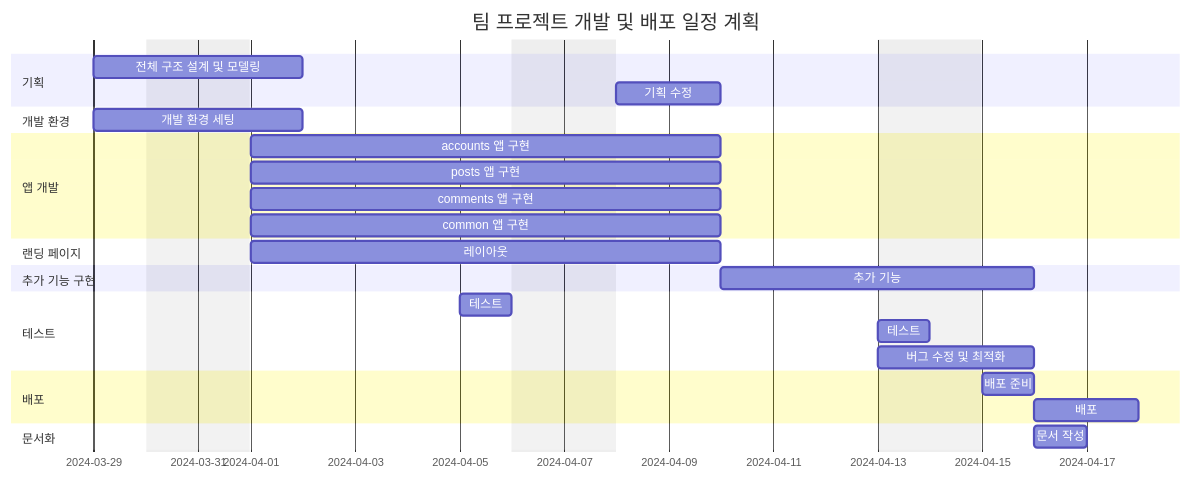
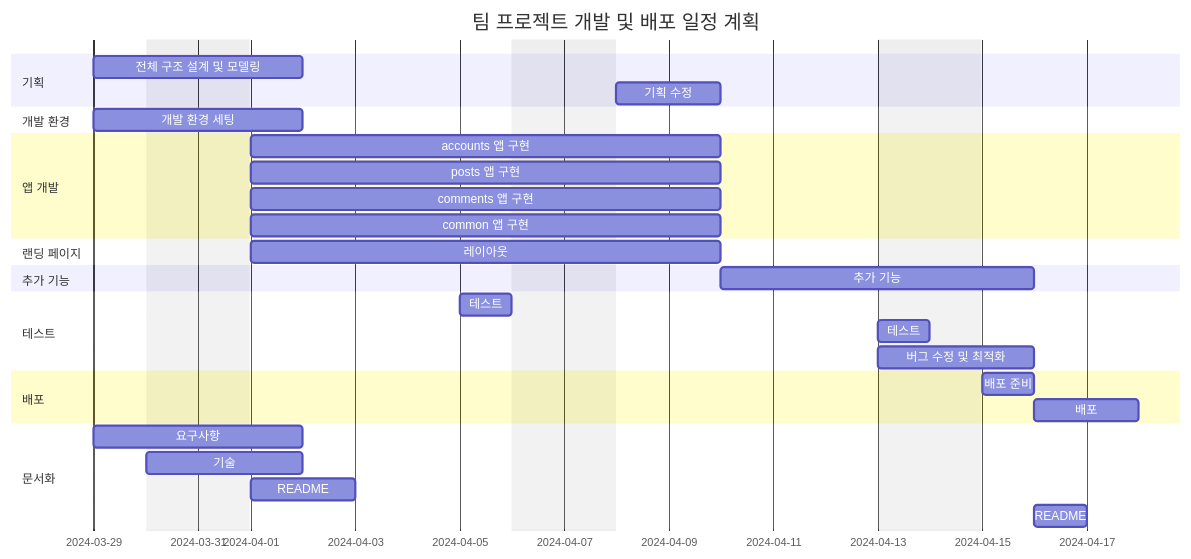
Before and after one commit to AI-Inventory-Forecasting-Team/AI-Inventory-Forecast: the diagram in README.md, drawn with Mermaid.

````diff
--- a/README.md
+++ b/README.md
@@ -2,37 +2,40 @@
 ```mermaid
 gantt
     dateFormat  YYYY-MM-DD
     title 팀 프로젝트 개발 및 배포 일정 계획
     excludes weekends
 
     section 기획
     전체 구조 설계 및 모델링 :des1, 2024-03-29, 2d
     기획 수정 : 2024-04-08, 2d
 
     section 개발 환경
     개발 환경 세팅 :set1, 2024-03-29, 2d
 
     section 앱 개발
     accounts 앱 구현 :acc1, 2024-04-01, 7d
     posts 앱 구현 :pos1, 2024-04-01, 7d
     comments 앱 구현 :com1, 2024-04-01, 7d
     common 앱 구현 :comn1, 2024-04-01, 7d
 
     section 랜딩 페이지
     레이아웃 :lan1, 2024-04-01, 7d
 
-    section 추가 기능 구현
+    section 추가 기능
     추가 기능 : 2024-04-10, 4d
 
     section 테스트
     테스트 : 2024-04-05, 1d
     테스트 : 2024-04-13, 1d
     버그 수정 및 최적화 : 2024-04-13, 2d
 
     section 배포
     배포 준비 :deploy1, 2024-04-15, 1d
     배포 :deploy2, after deploy1, 2d
     
     section 문서화
-    문서 작성 : doc1, 2024-04-16, 1d
+    요구사항 : 2024-03-29, 1.5d
+    기술 : 2024-03-30, 2d
+    README : 2024-04-01, 2d
+    README : doc1, 2024-04-16, 1d
 ```
````
